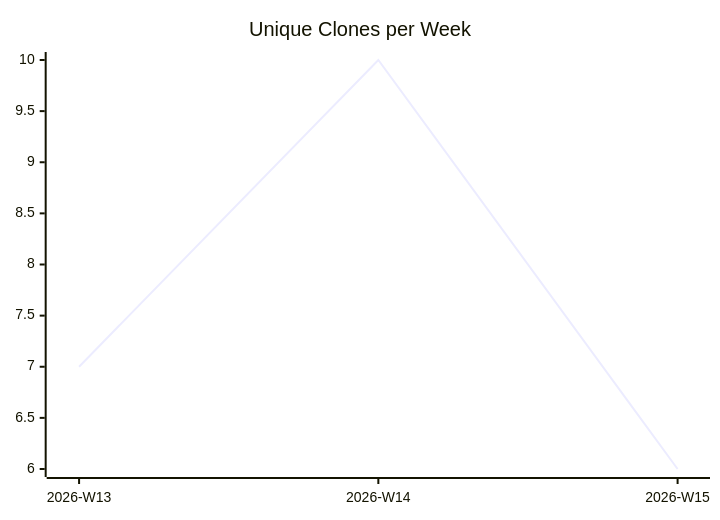
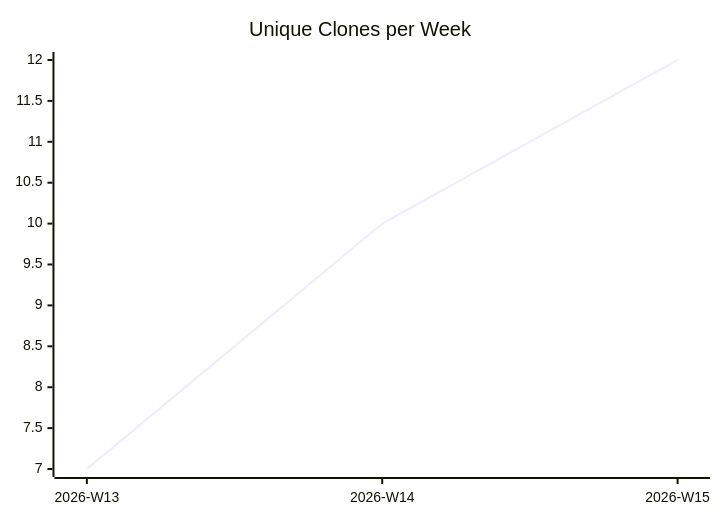
Before and after one commit to justdavis-family/github-analytics-data: the third of 3 diagrams in karlmdavis/ksoap2-android/README.md, drawn with Mermaid. The commit also changed other lines of this file and 174 other files, not shown here.

````diff
--- a/karlmdavis/ksoap2-android/README.md
+++ b/karlmdavis/ksoap2-android/README.md
@@ -19,6 +19,6 @@
 ```mermaid
 xychart-beta
   title "Unique Clones per Week"
   x-axis ["2026-W13", "2026-W14", "2026-W15"]
-  line [7, 10, 6]
+  line [7, 10, 12]
 ```
````
